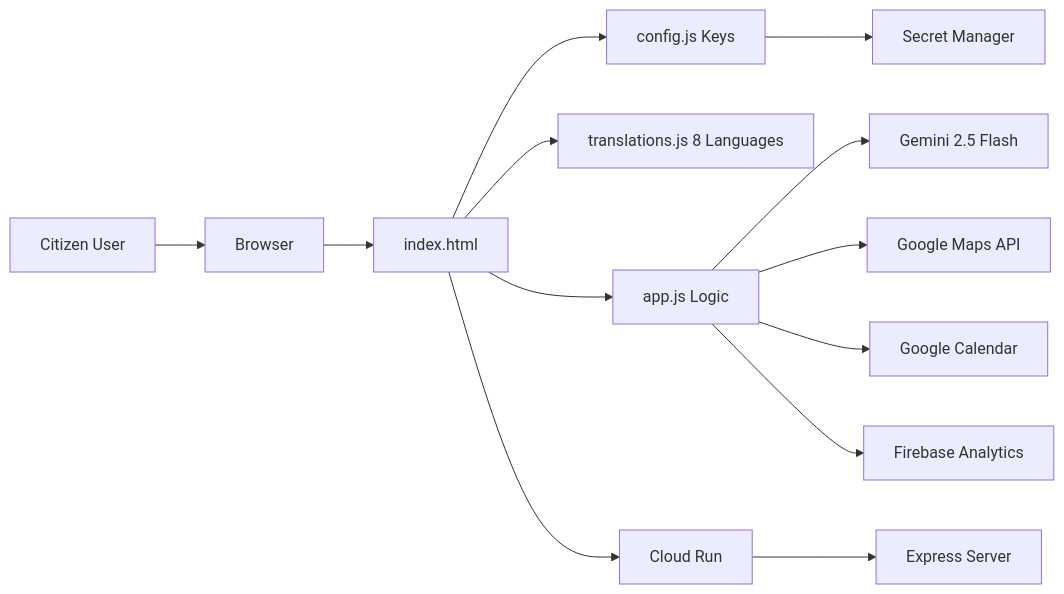
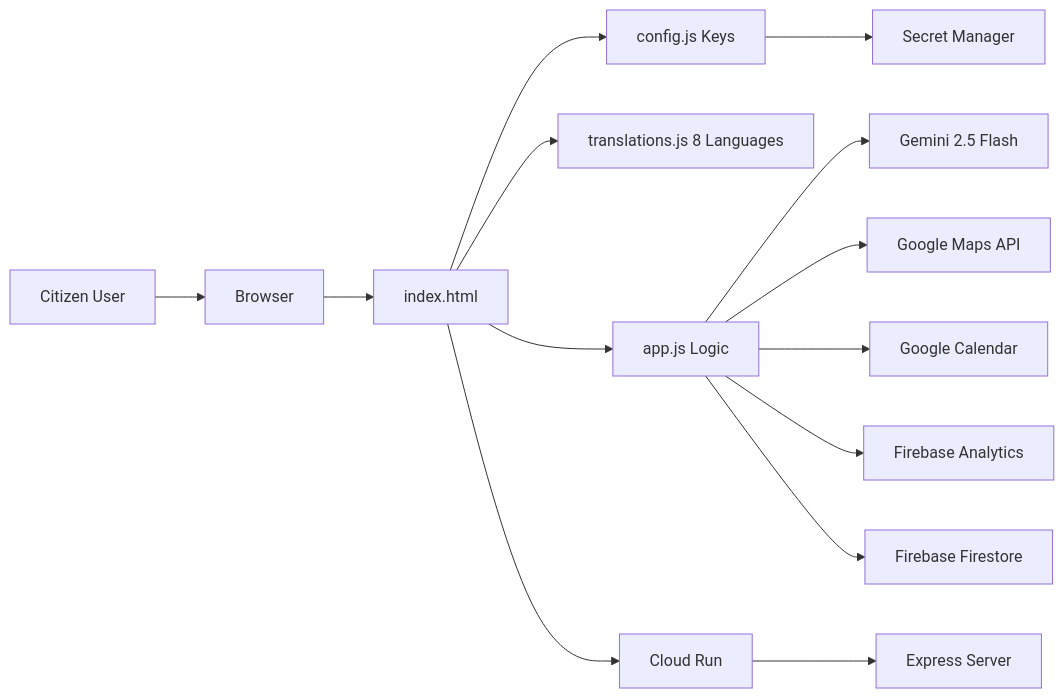
Before and after one commit to Nithin-Bhargav-07/TruePoll: the diagram in README.md, drawn with Mermaid. The commit also changed other lines of this file and 2 other files, not shown here.

````diff
--- a/README.md
+++ b/README.md
@@ -79,15 +48,16 @@
 ```mermaid
 flowchart LR
   U[Citizen User] --> B[Browser]
   B --> H[index.html]
   H --> C[config.js Keys]
   H --> T[translations.js 8 Languages]
   H --> A[app.js Logic]
   A --> G[Gemini 2.5 Flash]
   A --> M[Google Maps API]
   A --> K[Google Calendar]
   A --> F[Firebase Analytics]
+  A --> FS[Firebase Firestore]
   C --> SM[Secret Manager]
   H --> CR[Cloud Run]
   CR --> E[Express Server]
 ```
````
